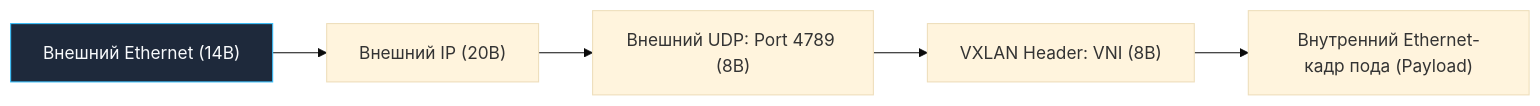
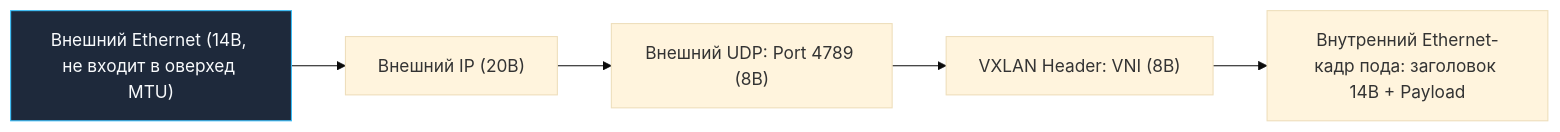
The fourth of 5 diagrams in sources/3. Компьютерные сети и сетевой стек/9. VLAN, VXLAN и сегментация сети.md (UnrealTemplier/go-textbook-ru), drawn with Mermaid (base theme) before and after one commit. The commit also changed other lines of this file and 43 other files, not shown here.

````diff
--- a/sources/3. Компьютерные сети и сетевой стек/9. VLAN, VXLAN и сегментация сети.md
+++ b/sources/3. Компьютерные сети и сетевой стек/9. VLAN, VXLAN и сегментация сети.md
@@ -191,17 +189,17 @@
 ```mermaid
 flowchart LR
     classDef process  fill:#1e293b,stroke:#38bdf8,stroke-width:1px,color:#f8fafc
     classDef success  fill:#064e3b,stroke:#34d399,stroke-width:1px,color:#f8fafc
     classDef error    fill:#7f1d1d,stroke:#f87171,stroke-width:1px,color:#f8fafc
     classDef warning  fill:#78350f,stroke:#fbbf24,stroke-width:1px,color:#f8fafc
     classDef entry    fill:#1e3a5f,stroke:#38bdf8,stroke-width:2px,color:#f8fafc
     classDef aux      fill:#334155,stroke:#64748b,stroke-width:1px,color:#f8fafc
     classDef system   fill:#312e81,stroke:#a78bfa,stroke-width:1px,color:#f8fafc
     classDef data     fill:#132d29,stroke:#2dd4bf,stroke-width:1px,color:#f8fafc
     classDef network  fill:#881337,stroke:#fb7185,stroke-width:1px,color:#f8fafc
     classDef accent   fill:#1e1b4b,stroke:#818cf8,stroke-width:1px,color:#f8fafc
-    OuterEth["Внешний Ethernet (14B)"]:::process --> OuterIP["Внешний IP (20B)"]
+    OuterEth["Внешний Ethernet (14B, не входит в оверхед MTU)"]:::process --> OuterIP["Внешний IP (20B)"]
     OuterIP --> OuterUDP["Внешний UDP: Port 4789 (8B)"]
     OuterUDP --> VXLAN_Hdr["VXLAN Header: VNI (8B)"]
-    VXLAN_Hdr --> InnerEth["Внутренний Ethernet-кадр пода (Payload)"]
+    VXLAN_Hdr --> InnerEth["Внутренний Ethernet-кадр пода: заголовок 14B + Payload"]
 ```
````
